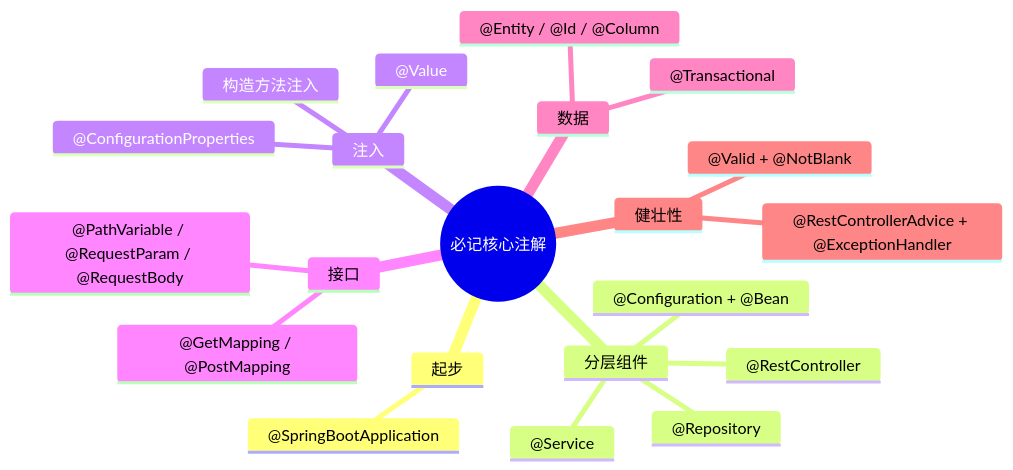
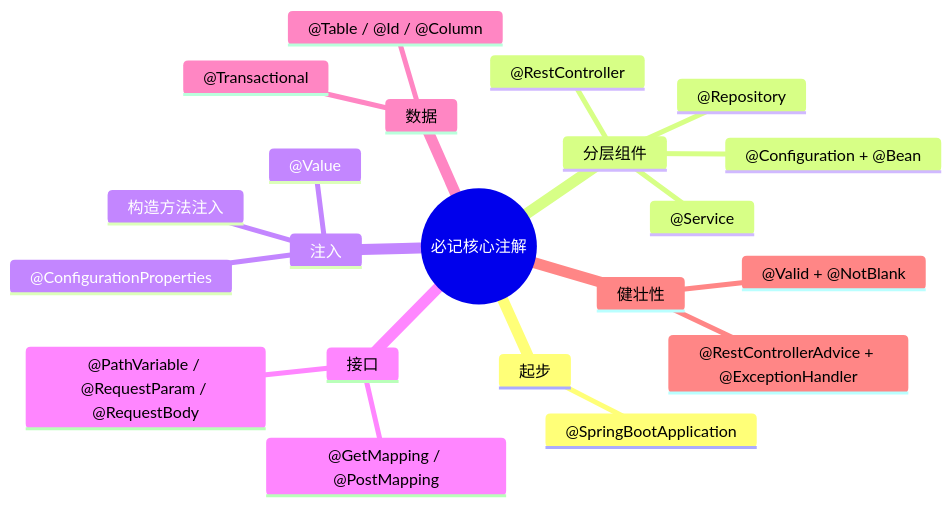
The fourth of 4 diagrams in spring-boot-3.5-学习资料/12-注解大全.md (zerioo1970/summary), drawn with Mermaid before and after one commit. The commit also changed other lines of this file and 1 other file, not shown here.

````diff
--- a/spring-boot-3.5-学习资料/12-注解大全.md
+++ b/spring-boot-3.5-学习资料/12-注解大全.md
@@ -702,24 +711,24 @@
 ```mermaid
 mindmap
   root((必记核心注解))
     起步
       @SpringBootApplication
     分层组件
       @RestController
       @Service
       @Repository
       @Configuration + @Bean
     注入
       构造方法注入
       @Value
       @ConfigurationProperties
     接口
       @GetMapping / @PostMapping
       @PathVariable / @RequestParam / @RequestBody
     数据
-      @Entity / @Id / @Column
+      @Table / @Id / @Column
       @Transactional
     健壮性
       @RestControllerAdvice + @ExceptionHandler
       @Valid + @NotBlank
 ```
````
